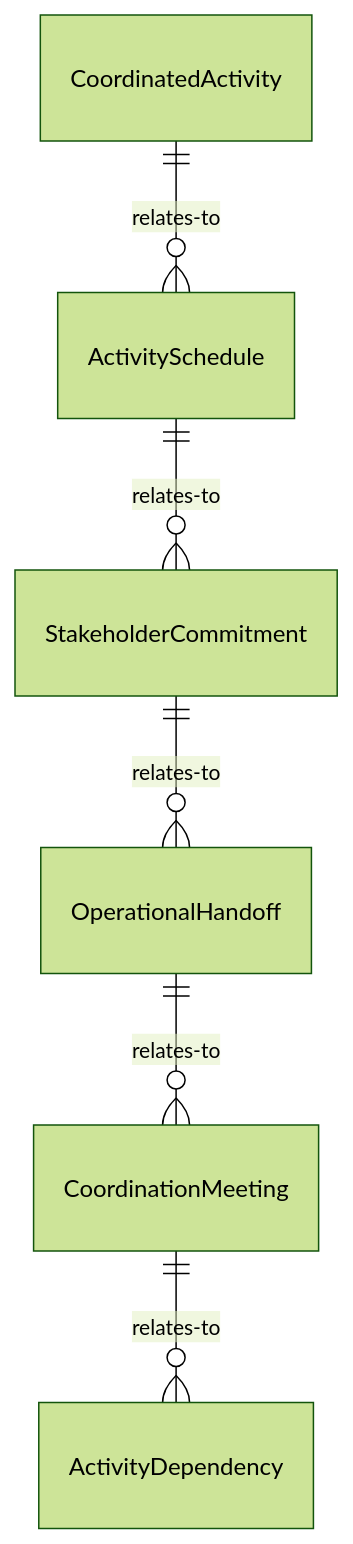
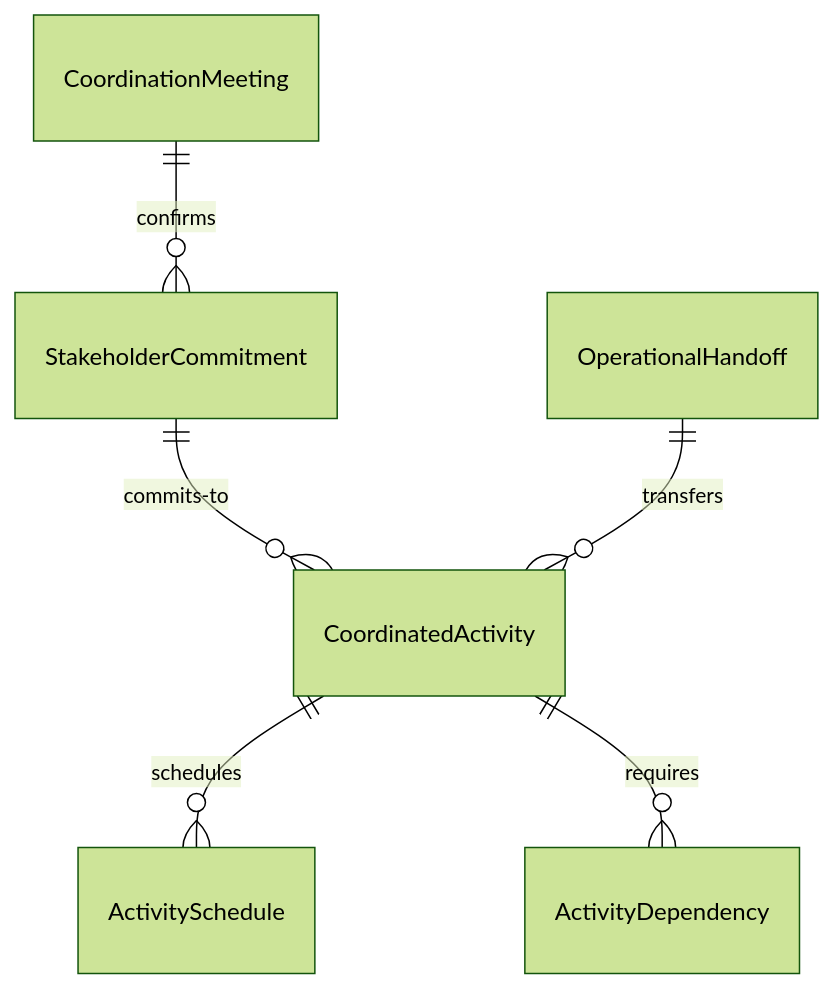
Before and after one commit to dot-org-ai/tasks.org.ai: the first of 4 diagrams in CommunicatingWithSupervisorsPeersOrSubordinates/CoordinateActivitiesWithClientsAgenciesOrOrganizations/CoordinateOperationalActivitiesExternalStakeholder.mdx, drawn with Mermaid (forest theme). The commit also changed other lines of this file and 515 other files, not shown here.

````diff
--- a/CommunicatingWithSupervisorsPeersOrSubordinates/CoordinateActivitiesWithClientsAgenciesOrOrganizations/CoordinateOperationalActivitiesExternalStakeholder.mdx
+++ b/CommunicatingWithSupervisorsPeersOrSubordinates/CoordinateActivitiesWithClientsAgenciesOrOrganizations/CoordinateOperationalActivitiesExternalStakeholder.mdx
@@ -89,8 +89,8 @@
 ```mermaid
 erDiagram
-    CoordinatedActivity ||--o{ ActivitySchedule : relates-to
-    ActivitySchedule ||--o{ StakeholderCommitment : relates-to
-    StakeholderCommitment ||--o{ OperationalHandoff : relates-to
-    OperationalHandoff ||--o{ CoordinationMeeting : relates-to
-    CoordinationMeeting ||--o{ ActivityDependency : relates-to
+    CoordinatedActivity ||--o{ ActivitySchedule : schedules
+    CoordinatedActivity ||--o{ ActivityDependency : requires
+    StakeholderCommitment ||--o{ CoordinatedActivity : commits-to
+    OperationalHandoff ||--o{ CoordinatedActivity : transfers
+    CoordinationMeeting ||--o{ StakeholderCommitment : confirms
 ```
````
